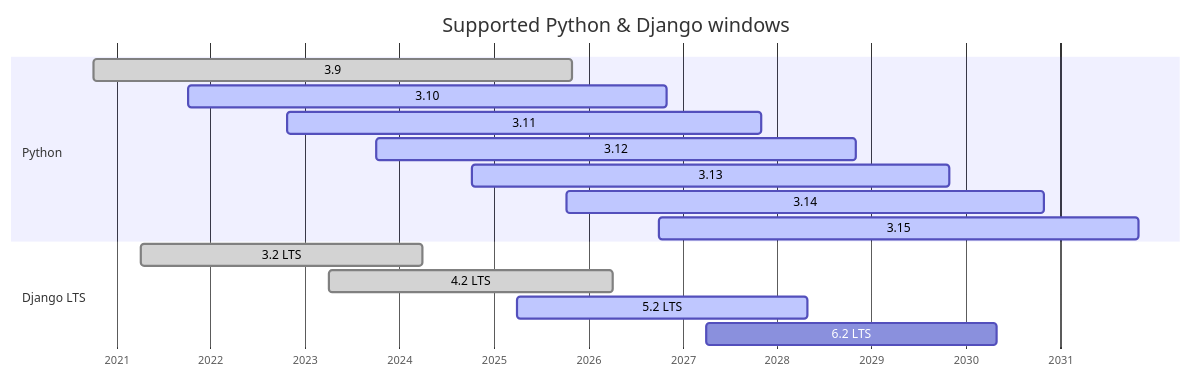
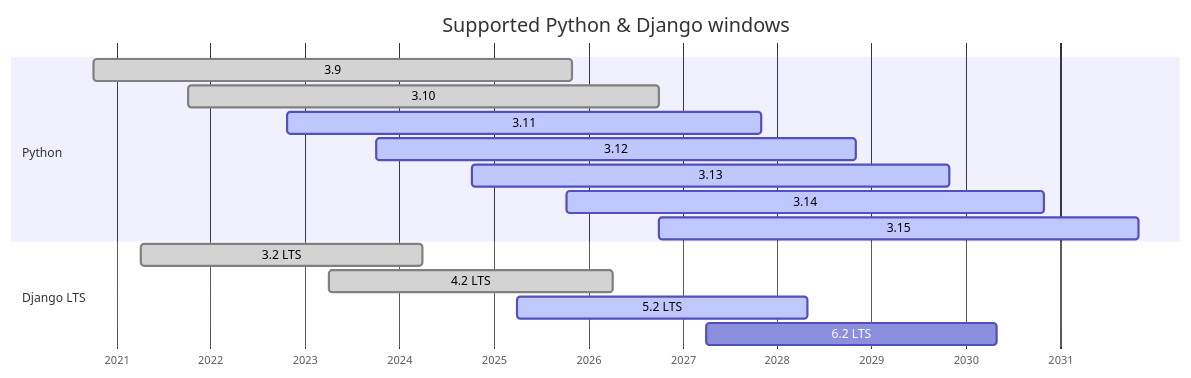
Before and after one commit to DLRSP/compatibility: the diagram in README.md, drawn with Mermaid. The commit also changed other lines of this file, not shown here.

Commit message:
docs: refresh compatibility timeline

````diff
--- a/README.md
+++ b/README.md
@@ -17,20 +17,20 @@
 ```mermaid
 gantt
     title Supported Python & Django windows
     dateFormat YYYY-MM-DD
     axisFormat %Y
     todayMarker on
     section Python
     3.9 :done, 2020-10-05, 2025-10-31
-    3.10 :active, 2021-10-04, 2026-10-31
+    3.10 :done, 2021-10-04, 2026-10-01
     3.11 :active, 2022-10-24, 2027-10-31
     3.12 :active, 2023-10-02, 2028-10-31
     3.13 :active, 2024-10-07, 2029-10-31
     3.14 :active, 2025-10-07, 2030-10-31
     3.15 :active, 2026-10-01, 2031-10-31
     section Django LTS
     3.2 LTS :done, 2021-04-06, 2024-04-01
     4.2 LTS :done, 2023-04-03, 2026-04-07
     5.2 LTS :active, 2025-04-02, 2028-04-30
     6.2 LTS :2027-04-01, 2030-04-30
 ```
````
